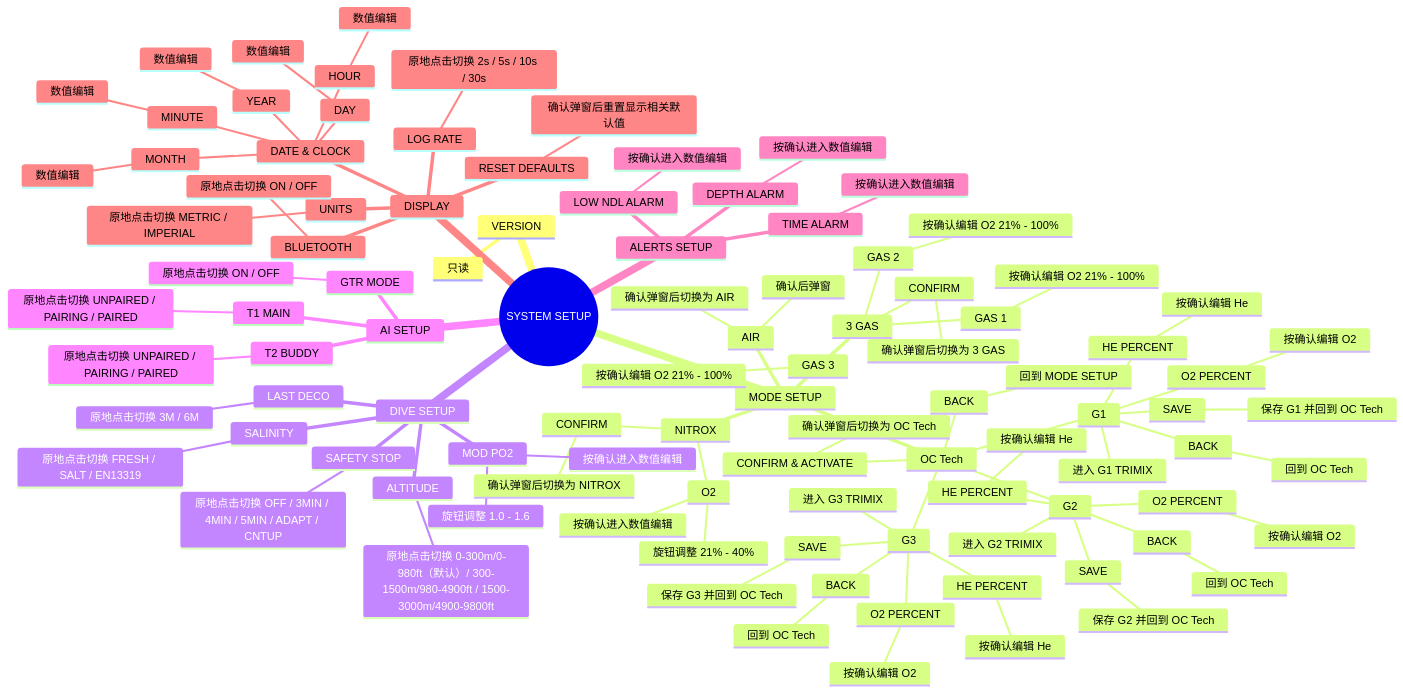
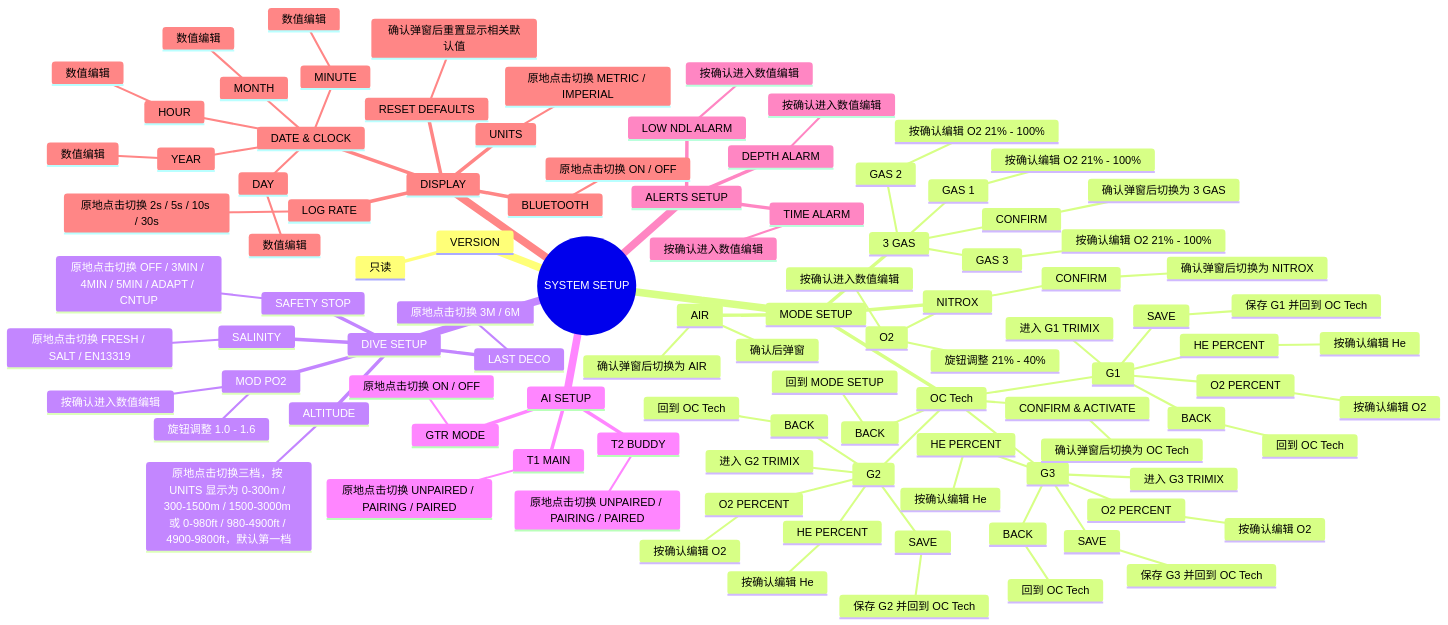
Before and after one commit to arexvision/lv_port_win_codeblocks-release-v8.3_hasGroup: the fifth of 7 diagrams in UI_html_DOC/UI输入输出状态逻辑.md, drawn with Mermaid. The commit also changed other lines of this file and 8 other files, not shown here.

```diff
--- a/UI_html_DOC/UI输入输出状态逻辑.md
+++ b/UI_html_DOC/UI输入输出状态逻辑.md
@@ -262,7 +262,7 @@
       LAST DECO
         原地点击切换 3M / 6M
       ALTITUDE
-        原地点击切换 0-300m/0-980ft（默认）/ 300-1500m/980-4900ft / 1500-3000m/4900-9800ft
+        原地点击切换三档，按 UNITS 显示为 0-300m / 300-1500m / 1500-3000m 或 0-980ft / 980-4900ft / 4900-9800ft，默认第一档
     AI SETUP
       T1 MAIN
         原地点击切换 UNPAIRED / PAIRING / PAIRED
```
